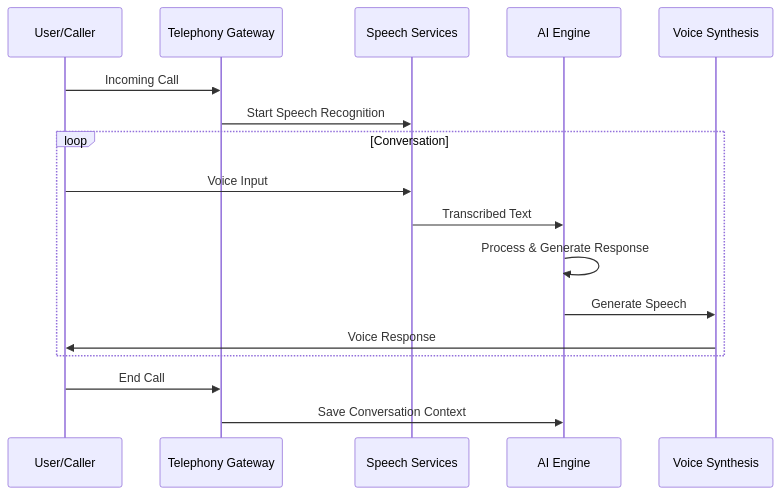
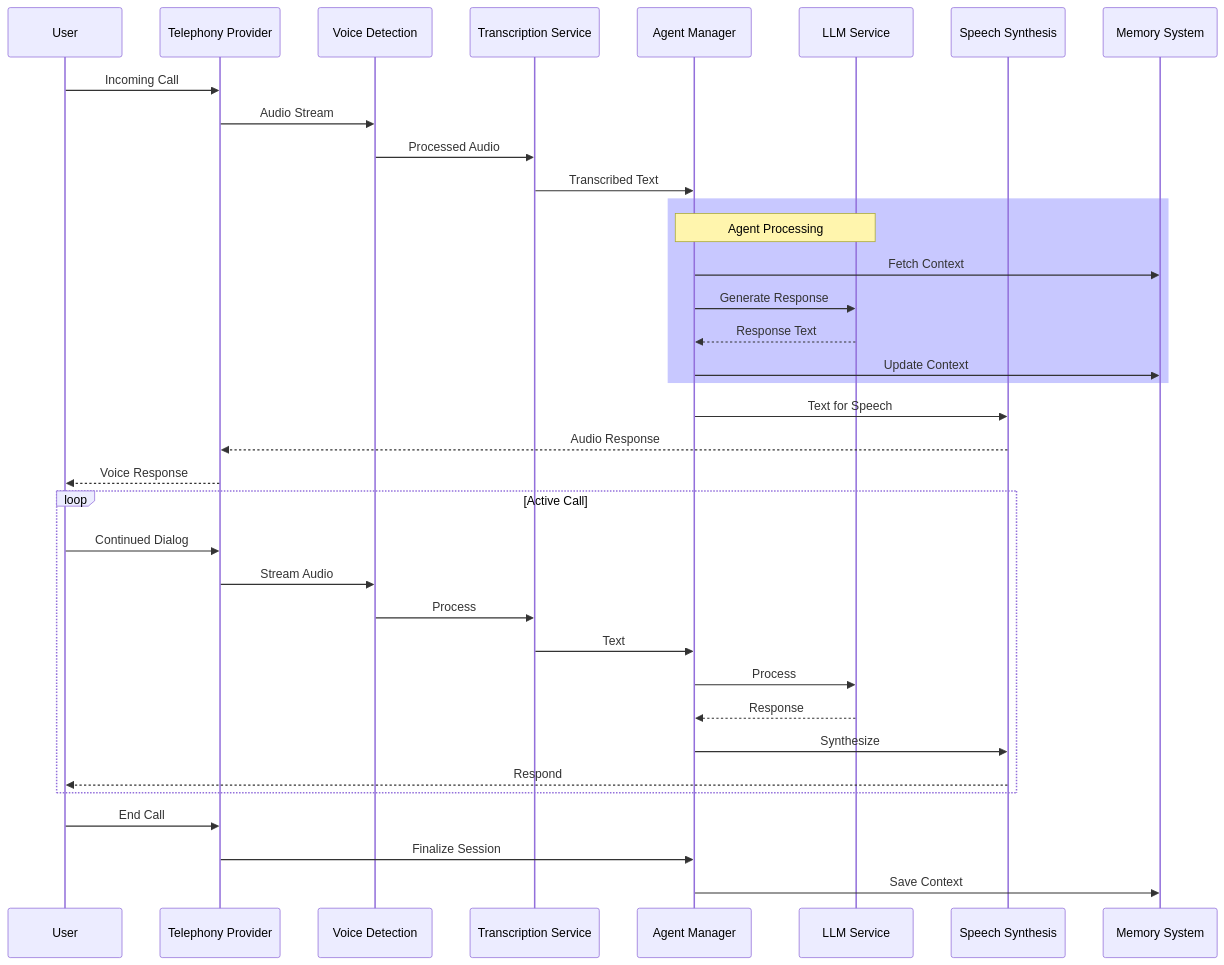
One commit to sap1119/SUNONAH changed the third of 3 diagrams in README.md. Above: the diagram before and after it, drawn with Mermaid. The commit also changed other lines of this file, not shown here.

Commit message:
Update architecture diagrams to focus on voice agent implementation

````diff
--- a/README.md
+++ b/README.md
@@ -155,22 +203,43 @@
 ```mermaid
 sequenceDiagram
-    participant U as User/Caller
-    participant T as Telephony Gateway
-    participant S as Speech Services
-    participant A as AI Engine
-    participant V as Voice Synthesis
+    participant User
+    participant TProvider as Telephony Provider
+    participant VAD as Voice Detection
+    participant Trans as Transcription Service
+    participant Agent as Agent Manager
+    participant LLM as LLM Service
+    participant Synth as Speech Synthesis
+    participant Cache as Memory System
 
-    U->>T: Incoming Call
-    T->>S: Start Speech Recognition
-    
-    loop Conversation
-        U->>S: Voice Input
-        S->>A: Transcribed Text
-        A->>A: Process & Generate Response
-        A->>V: Generate Speech
-        V->>U: Voice Response
+    User->>TProvider: Incoming Call
+    TProvider->>VAD: Audio Stream
+    VAD->>Trans: Processed Audio
+    Trans->>Agent: Transcribed Text
+
+    rect rgb(200, 200, 255)
+        Note over Agent,LLM: Agent Processing
+        Agent->>Cache: Fetch Context
+        Agent->>LLM: Generate Response
+        LLM-->>Agent: Response Text
+        Agent->>Cache: Update Context
     end
 
-    U->>T: End Call
-    T->>A: Save Conversation Context
+    Agent->>Synth: Text for Speech
+    Synth-->>TProvider: Audio Response
+    TProvider-->>User: Voice Response
+
+    loop Active Call
+        User->>TProvider: Continued Dialog
+        TProvider->>VAD: Stream Audio
+        VAD->>Trans: Process
+        Trans->>Agent: Text
+        Agent->>LLM: Process
+        LLM-->>Agent: Response
+        Agent->>Synth: Synthesize
+        Synth-->>User: Respond
+    end
+
+    User->>TProvider: End Call
+    TProvider->>Agent: Finalize Session
+    Agent->>Cache: Save Context
 ```
````
